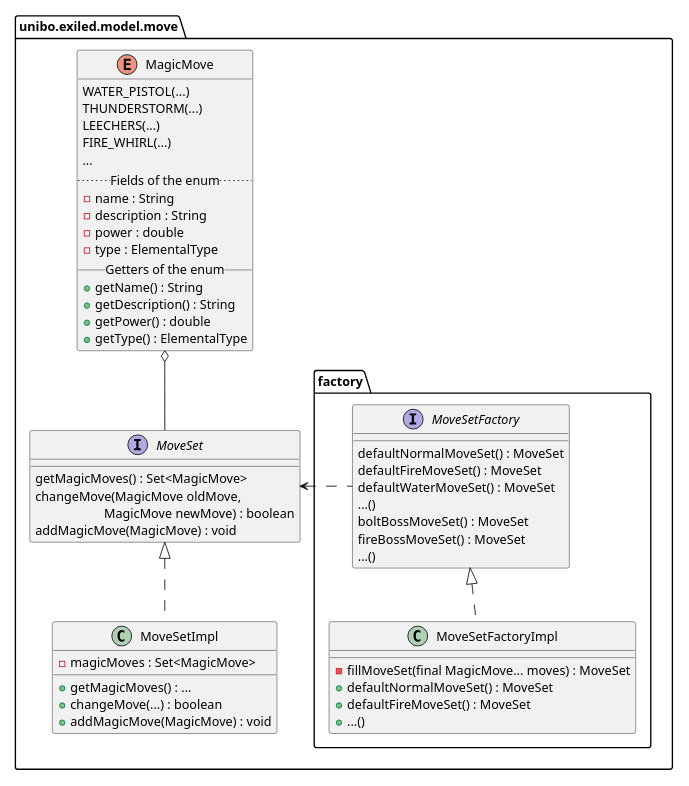
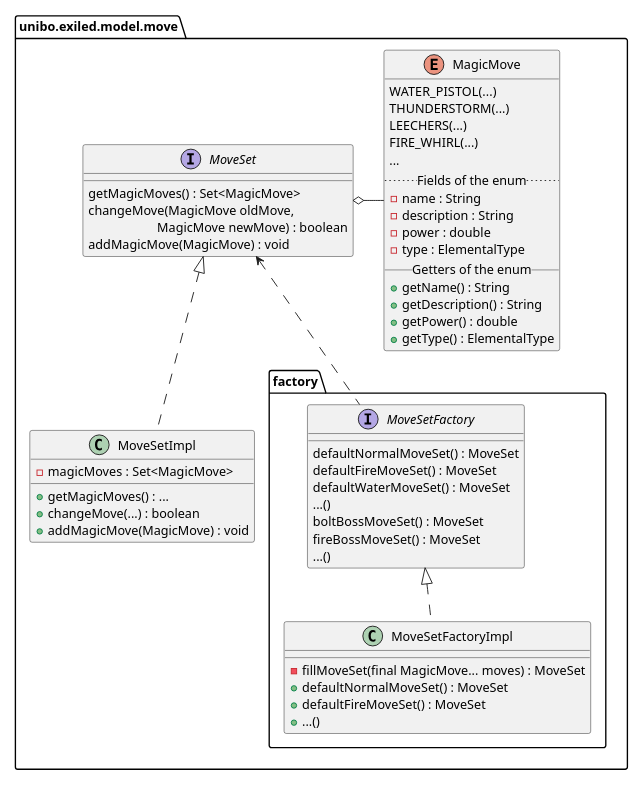
One commit to unibo-oop-projects/OOP23-Baldoni-Beylax-Casadei-MarcoMagnani03-Pazzaglia-exiled changed the diagram in docs/character/moves/moves-uml.puml. Above: the diagram before and after it, drawn with PlantUML. The commit also changed 14 other files, not shown here.

```diff
--- a/docs/character/moves/moves-uml.puml
+++ b/docs/character/moves/moves-uml.puml
@@ -1,54 +1,54 @@
 @startuml
 scale 0.60
 set separator none
 package unibo.exiled.model.move
 {
     enum MagicMove{
         {field} WATER_PISTOL(...)
         {field} THUNDERSTORM(...)
         {field} LEECHERS(...)
         {field} FIRE_WHIRL(...)
         {field} ...
         .. Fields of the enum ..
         - name : String
         - description : String
         - power : double
         - type : ElementalType
         __ Getters of the enum __
         + getName() : String
         + getDescription() : String
         + getPower() : double
         + getType() : ElementalType
     }
     interface MoveSet {
         getMagicMoves() : Set<MagicMove>
         changeMove(MagicMove oldMove,\n                     MagicMove newMove) : boolean
         addMagicMove(MagicMove) : void
     }
     class MoveSetImpl implements MoveSet{
         - magicMoves : Set<MagicMove>
         + getMagicMoves() : ...
         + changeMove(...) : boolean
         + addMagicMove(MagicMove) : void
     }
     package factory{
         interface MoveSetFactory {
             defaultNormalMoveSet() : MoveSet
             defaultFireMoveSet() : MoveSet
             defaultWaterMoveSet() : MoveSet
             ...()
             boltBossMoveSet() : MoveSet
             fireBossMoveSet() : MoveSet
             ...()
         }
         class MoveSetFactoryImpl implements MoveSetFactory {
             - fillMoveSet(final MagicMove... moves) : MoveSet
             + defaultNormalMoveSet() : MoveSet
             + defaultFireMoveSet() : MoveSet
             +...()
         }
     }
 }
-MoveSet <. MoveSetFactory
-MagicMove o-- MoveSet
+MoveSet <.. MoveSetFactory
+MoveSet o- MagicMove
 @enduml
```
